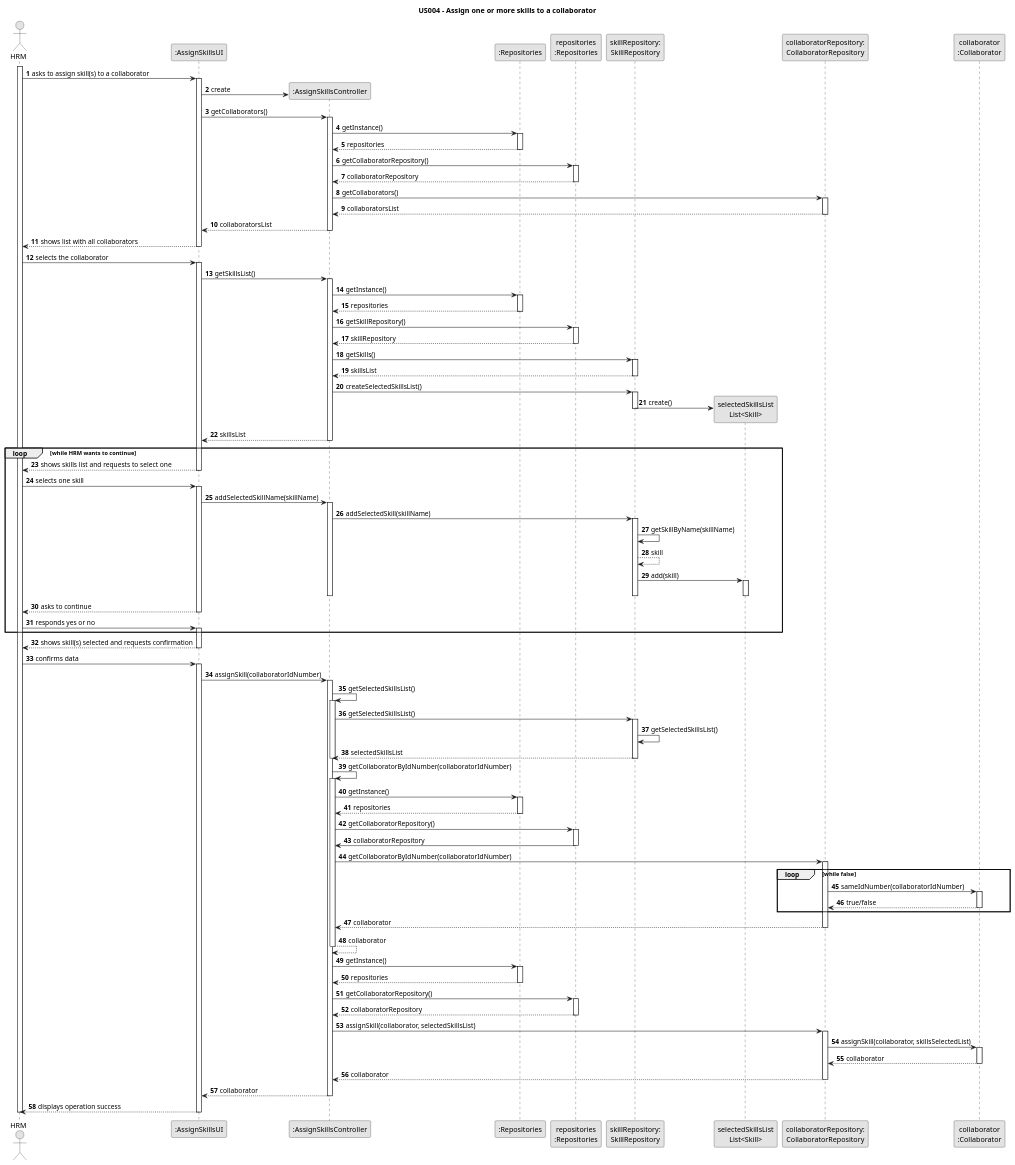
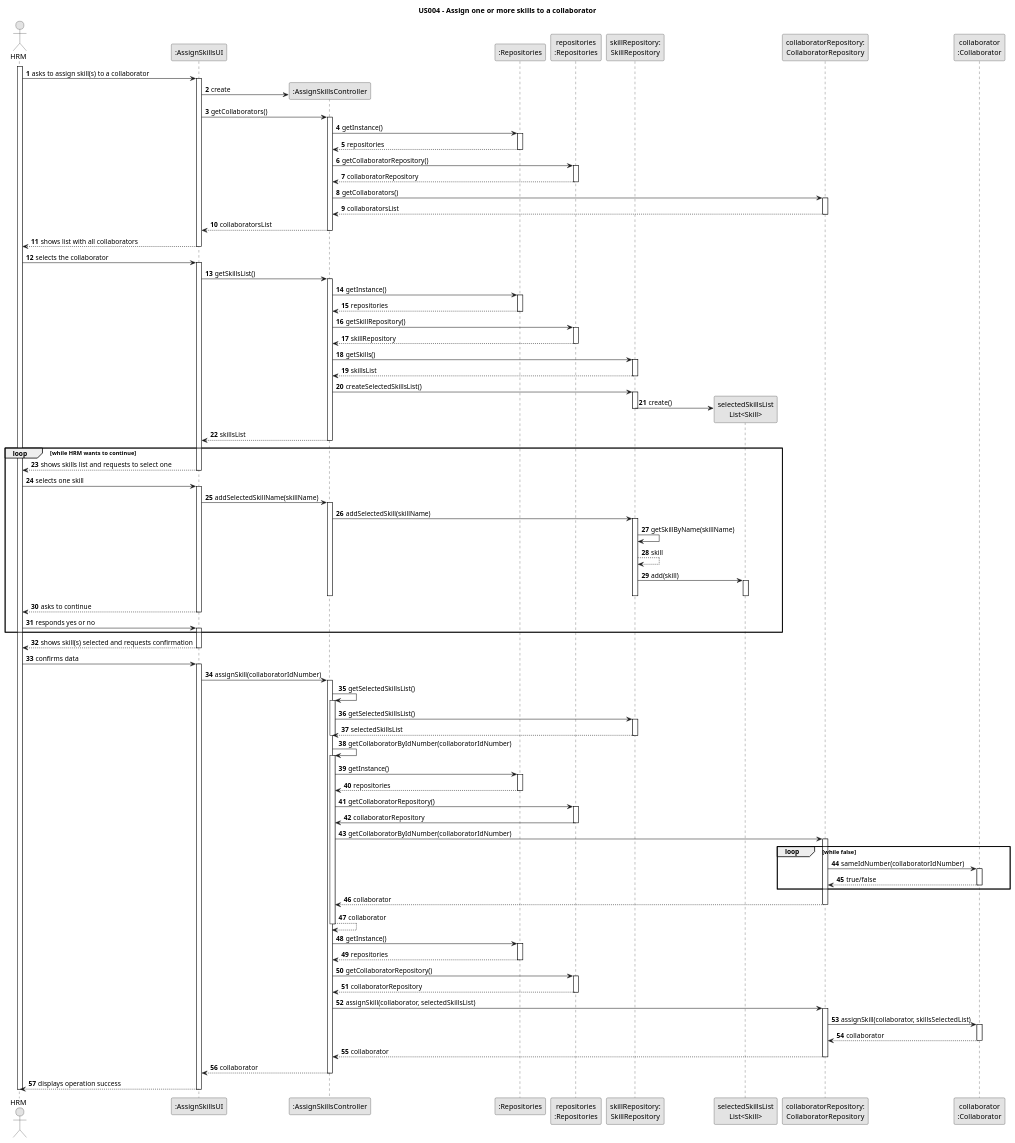
One commit to Departamento-de-Engenharia-Informatica/lei-24-s2-1dm-g132 changed the diagram in docs/sprintB/us004/03.design/puml/us004-sequence-diagram-full.puml. Above: the diagram before and after it, drawn with PlantUML.

Commit message:
US04 minor fix in sequence diagram full

```diff
--- a/docs/sprintB/us004/03.design/puml/us004-sequence-diagram-full.puml
+++ b/docs/sprintB/us004/03.design/puml/us004-sequence-diagram-full.puml
@@ -133,7 +133,6 @@
     CTRL -> SkillRepository : getSelectedSkillsList()
     activate SkillRepository
 
-    SkillRepository -> SkillRepository : getSelectedSkillsList()
     SkillRepository --> CTRL : selectedSkillsList
     deactivate SkillRepository
     deactivate CTRL
```
